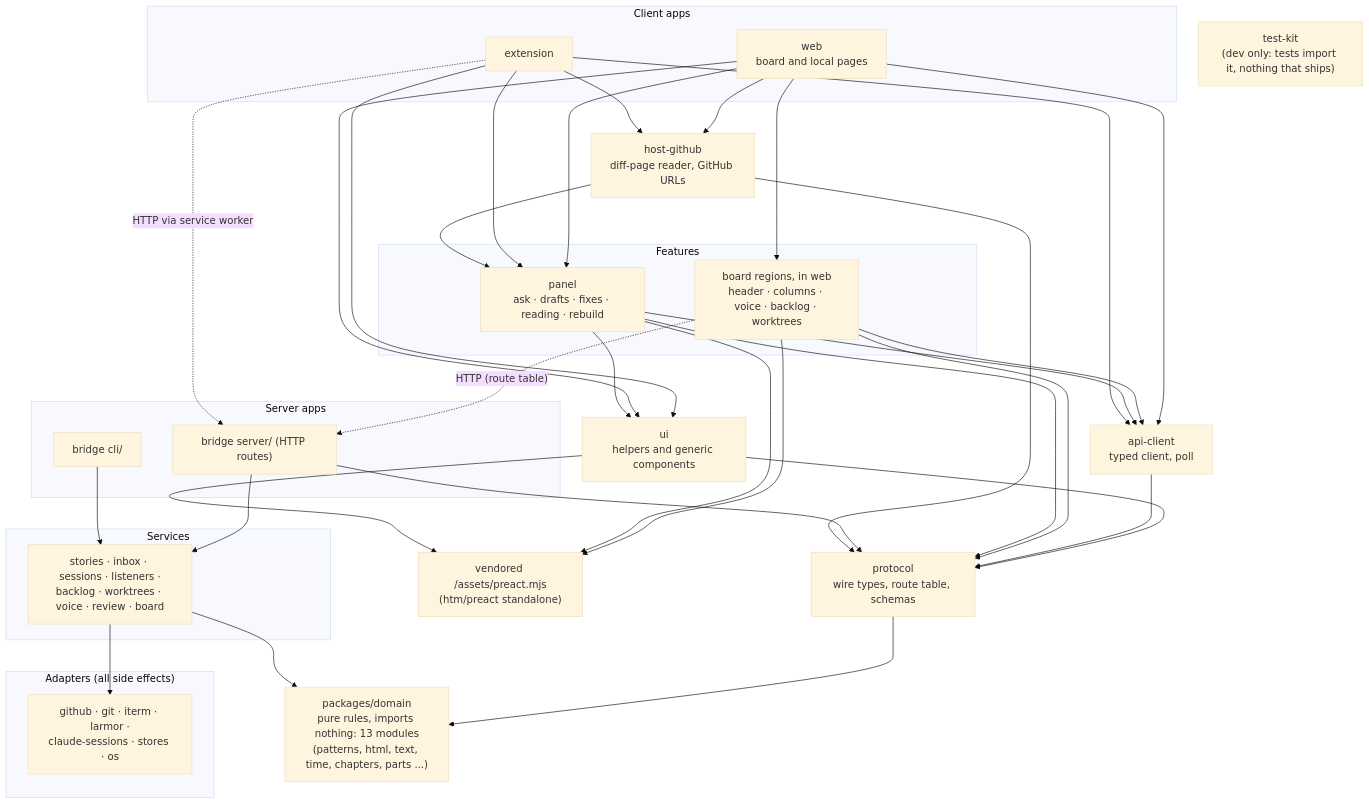
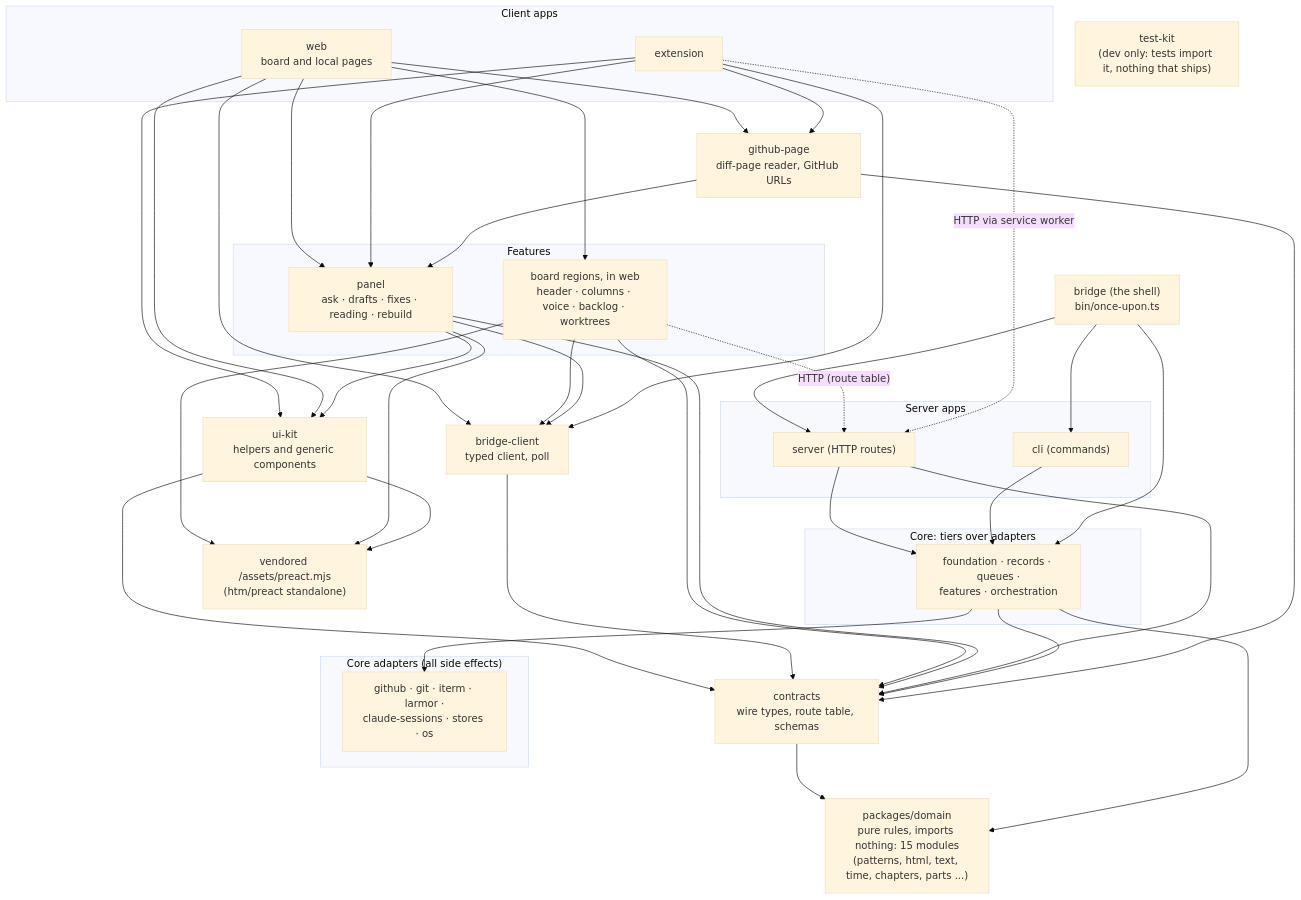
The diagram in docs/adr/adr-15-layered-packages-and-protocol.md (shank-eric/once-upon-a-diff), drawn with Mermaid (base theme) before and after one commit. The commit also changed other lines of this file and 24 other files, not shown here.

````diff
--- a/docs/adr/adr-15-layered-packages-and-protocol.md
+++ b/docs/adr/adr-15-layered-packages-and-protocol.md
@@ -24,59 +26,64 @@
 ```mermaid
 flowchart TB
   subgraph clientApps["Client apps"]
     web["web<br/>board and local pages"]
     ext["extension"]
   end
   subgraph features["Features"]
     boardview["board regions, in web<br/>header · columns · voice · backlog · worktrees"]
     panel["panel<br/>ask · drafts · fixes · reading · rebuild"]
   end
-  host["host-github<br/>diff-page reader, GitHub URLs"]
-  ui["ui<br/>helpers and generic components"]
-  api["api-client<br/>typed client, poll"]
-  protocol["protocol<br/>wire types, route table, schemas"]
-  domain["packages/domain<br/>pure rules, imports nothing: 13 modules<br/>(patterns, html, text, time, chapters, parts ...)"]
+  host["github-page<br/>diff-page reader, GitHub URLs"]
+  ui["ui-kit<br/>helpers and generic components"]
+  api["bridge-client<br/>typed client, poll"]
+  protocol["contracts<br/>wire types, route table, schemas"]
+  domain["packages/domain<br/>pure rules, imports nothing: 15 modules<br/>(patterns, html, text, time, chapters, parts ...)"]
   vendor["vendored /assets/preact.mjs<br/>(htm/preact standalone)"]
   testkit["test-kit<br/>(dev only: tests import it, nothing that ships)"]
+  shell["bridge (the shell)<br/>bin/once-upon.ts"]
   subgraph serverApps["Server apps"]
-    http["bridge server/ (HTTP routes)"]
-    cli["bridge cli/"]
+    http["server (HTTP routes)"]
+    cli["cli (commands)"]
   end
-  subgraph services["Services"]
-    svc["stories · inbox · sessions · listeners ·<br/>backlog · worktrees · voice · review · board"]
+  subgraph services["Core: tiers over adapters"]
+    svc["foundation · records · queues ·<br/>features · orchestration"]
   end
-  subgraph adapters["Adapters (all side effects)"]
+  subgraph adapters["Core adapters (all side effects)"]
     ad["github · git · iterm · larmor ·<br/>claude-sessions · stores · os"]
   end
 
   web --> boardview
   web --> api
   web --> panel
   web --> host
   ext --> panel
   ext --> host
   boardview --> api
   panel --> api
   ext --> api
   ext --> ui
   web --> ui
   panel --> ui
   ui --> protocol
   api --> protocol
   boardview --> protocol
   panel --> protocol
   protocol --> domain
   http --> protocol
   http --> svc
   cli --> svc
   svc --> domain
+  svc --> protocol
+  shell --> http
+  shell --> cli
+  shell --> svc
   svc --> ad
   boardview --> vendor
   panel --> vendor
   ui --> vendor
   host --> panel
   host --> protocol
   boardview -. "HTTP (route table)" .-> http
   ext -. "HTTP via service worker" .-> http
 
 ```
````
